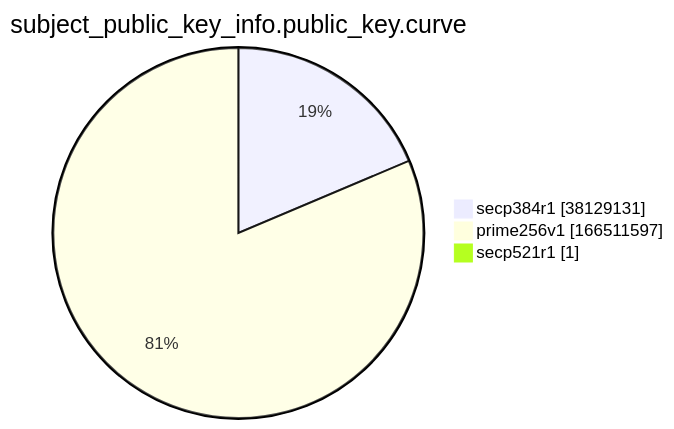
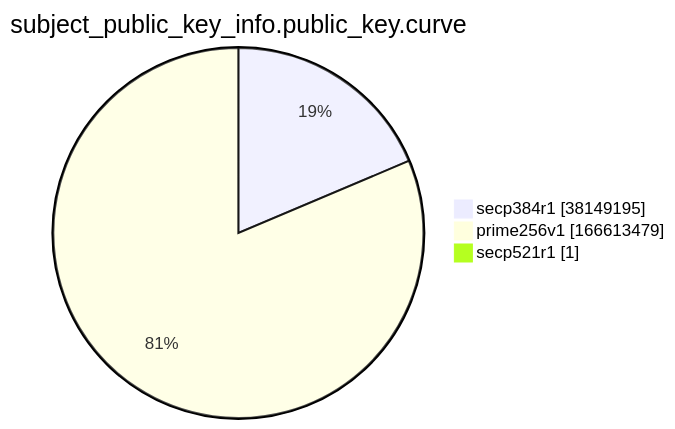
Before and after one commit to christiankrug/ctmonitor_visualization: the ninth of 15 diagrams in argon2022/README.md, drawn with Mermaid. The commit also changed other lines of this file, not shown here.

````diff
--- a/argon2022/README.md
+++ b/argon2022/README.md
@@ -2766,7 +2766,7 @@
 ```mermaid
 pie showData
 title subject_public_key_info.public_key.curve
-"secp384r1" :38129131
-"prime256v1" :166511597
+"secp384r1" :38149195
+"prime256v1" :166613479
 "secp521r1" :1
 ```
````
